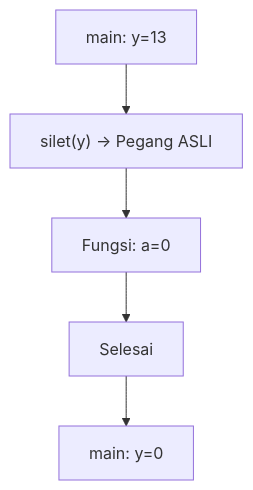
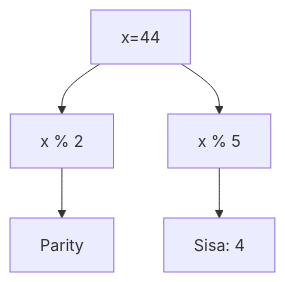
Before and after one commit to amnahwaida/OSNK_INF_PREP: diagram 14 of 25 in part-c-pemahaman-cpp/04-fungsi/latihan/set-08.md, drawn with Mermaid. The commit also changed other lines of this file and 71 other files, not shown here.

````diff
--- a/part-c-pemahaman-cpp/04-fungsi/latihan/set-08.md
+++ b/part-c-pemahaman-cpp/04-fungsi/latihan/set-08.md
@@ -494,7 +414,7 @@
 ```mermaid
 graph TD
-    A[main: y=13] --> B["silet(y) -> Pegang ASLI"]
-    B --> C[Fungsi: a=0]
-    C --> D[Selesai]
-    D --> E[main: y=0]
+A[x=44] --> B[x % 2]
+B --> C[Parity]
+A --> D[x % 5]
+D --> E[Sisa: 4]
 ```
````
